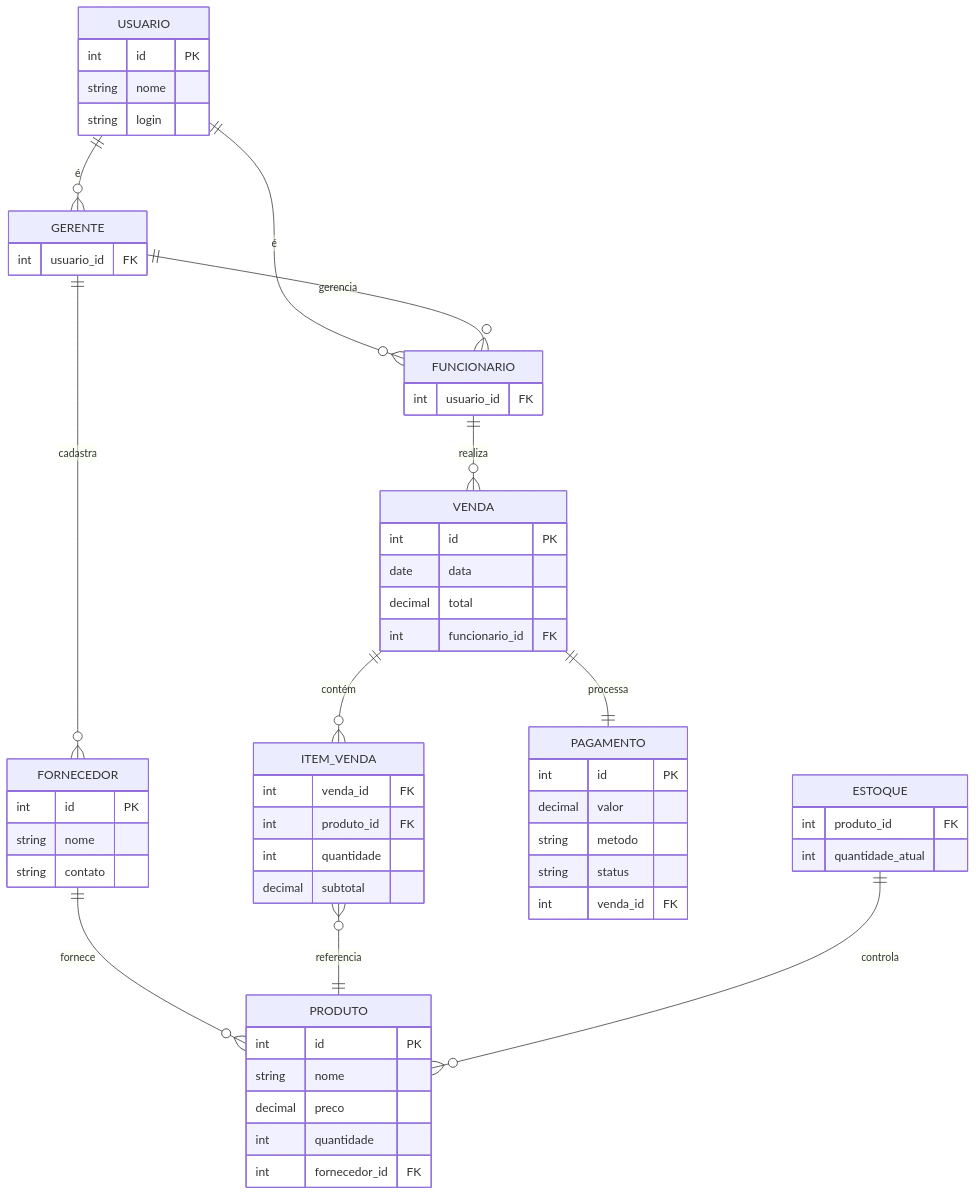
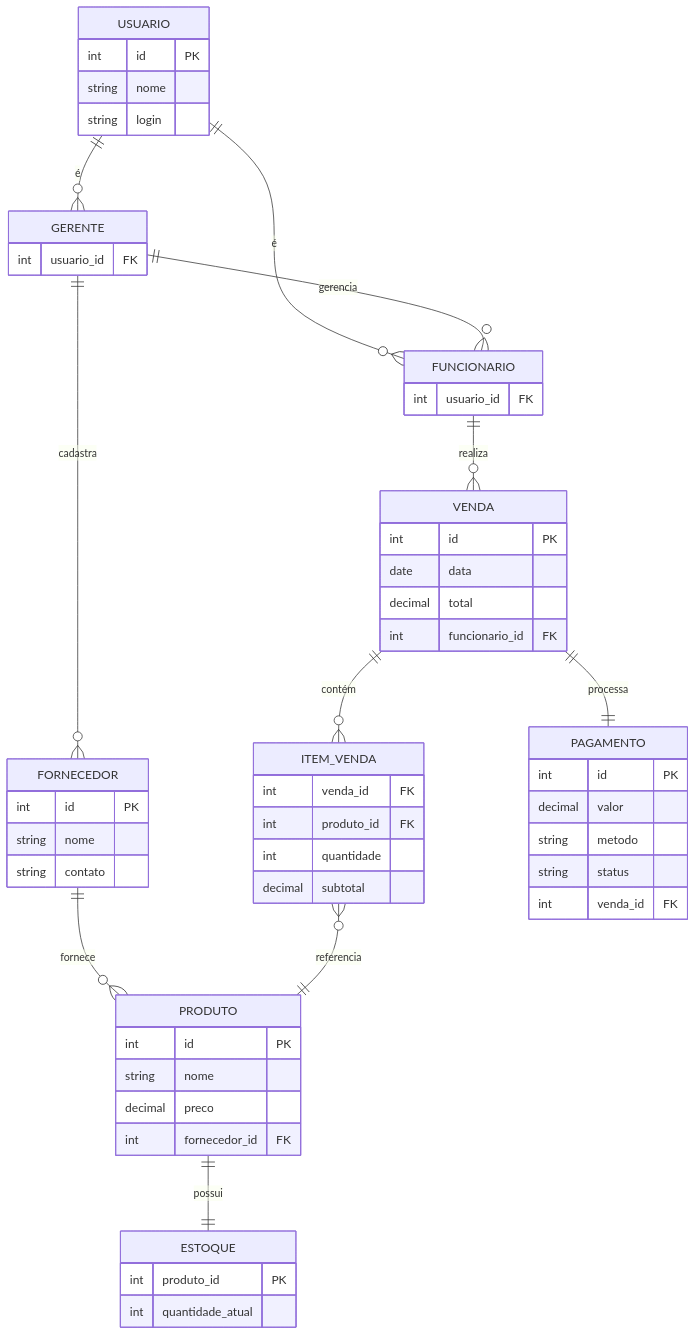
Before and after one commit to Joyce8900/SGO-EngII: the first of 2 diagrams in docs/doc-modelo.md, drawn with Mermaid. The commit also changed other lines of this file, not shown here.

Commit message:
doc: Add estoque no diagrama e correções #75

````diff
--- a/docs/doc-modelo.md
+++ b/docs/doc-modelo.md
@@ -6,68 +6,67 @@
 ```mermaid
 erDiagram
     USUARIO ||--o{ GERENTE : "é"
     USUARIO ||--o{ FUNCIONARIO : "é"
     GERENTE ||--o{ FUNCIONARIO : "gerencia"
     GERENTE ||--o{ FORNECEDOR : "cadastra"
     FORNECEDOR ||--o{ PRODUTO : "fornece"
     FUNCIONARIO ||--o{ VENDA : "realiza"
     VENDA ||--o{ ITEM_VENDA : "contém"
     ITEM_VENDA }o--|| PRODUTO : "referencia"
     VENDA ||--|| PAGAMENTO : "processa"
-    ESTOQUE ||--o{ PRODUTO : "controla"
+    PRODUTO ||--|| ESTOQUE : "possui"
 
     USUARIO {
         int id PK
         string nome
         string login
     }
 
     GERENTE {
         int usuario_id FK
     }
 
     FUNCIONARIO {
         int usuario_id FK
     }
 
     FORNECEDOR {
         int id PK
         string nome
         string contato
     }
 
     PRODUTO {
         int id PK
         string nome
         decimal preco
-        int quantidade
         int fornecedor_id FK
     }
 
     ESTOQUE {
-        int produto_id FK
+        int produto_id PK
         int quantidade_atual
     }
 
     VENDA {
         int id PK
         date data
         decimal total
         int funcionario_id FK
     }
 
     ITEM_VENDA {
         int venda_id FK
         int produto_id FK
         int quantidade
         decimal subtotal
     }
 
     PAGAMENTO {
         int id PK
         decimal valor
         string metodo
         string status
         int venda_id FK
     }
 ```
````
